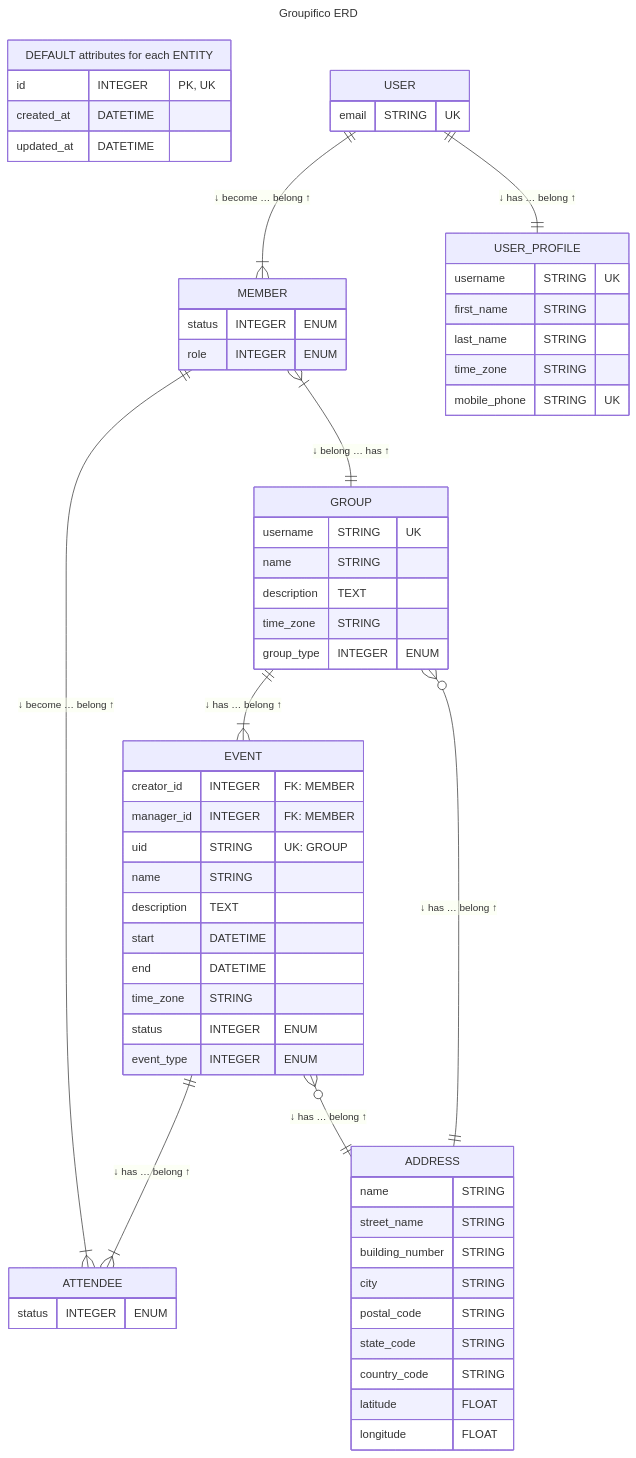
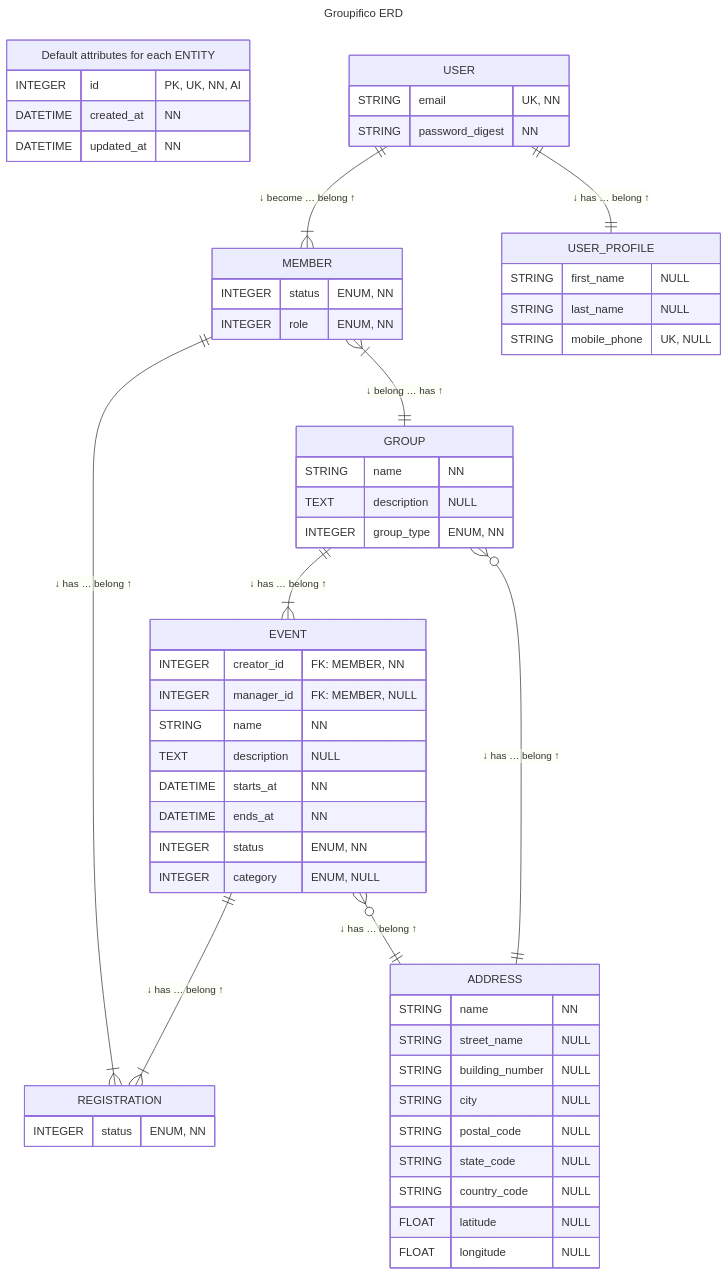
The diagram in README.md (izkreny/groupifico), drawn with Mermaid before and after one commit. The commit also changed other lines of this file and 1 other file, not shown here.

First paragraph of the commit message:
docs: make the readme erd the only schema doc (#81)
> 🤖 Written by AI --- read/modified by izkreny! 🤓

````diff
--- a/README.md
+++ b/README.md
@@ -70,81 +84,113 @@
 title: Groupifico ERD
 # IMPORTANT!
 # - Official syntax for entity attributes is: `type name key "comment"`
-# - Syntax for entity attributes used below: `name TYPE "key + comment"`
+# - Syntax for entity attributes used below: `type name "key, comment"`
 ---
-
 
 erDiagram
   direction TB
+
   %% DEFAULT ATTRIBUTES
-  "DEFAULT attributes for each ENTITY" {
-    id         INTEGER  "PK, UK"
-    created_at DATETIME
-    updated_at DATETIME
+  "Default attributes for each ENTITY" {
+    INTEGER  id         "PK, UK, NN, AI"
+    DATETIME created_at "NN"
+    DATETIME updated_at "NN"
   }
 
   %% RELATIONSHIPS
-  USER   1  to 1+ MEMBER       : "↓ become … belong ↑"
-  USER   1  to 1  USER_PROFILE : "↓ has    … belong ↑"
-  MEMBER 1+ to 1  GROUP        : "↓ belong … has ↑"
-  GROUP  1  to 1+ EVENT        : "↓ has    … belong ↑"
-  EVENT  1  to 1+ ATTENDEE     : "↓ has    … belong ↑"
-  MEMBER 1  to 1+ ATTENDEE     : "↓ become … belong ↑"
-  GROUP  0+ to 1  ADDRESS      : "↓ has    … belong ↑"
-  EVENT  0+ to 1  ADDRESS      : "↓ has    … belong ↑"
+  USER    1   to  1+  MEMBER        :  "↓ become … belong ↑"
+  USER    1   to  1   USER_PROFILE  :  "↓ has    … belong ↑"
+  MEMBER  1+  to  1   GROUP         :  "↓ belong … has ↑"
+  GROUP   1   to  1+  EVENT         :  "↓ has    … belong ↑"
+  EVENT   1   to  1+  REGISTRATION  :  "↓ has    … belong ↑"
+  MEMBER  1   to  1+  REGISTRATION  :  "↓ has    … belong ↑"
+  GROUP   0+  to  1   ADDRESS       :  "↓ has    … belong ↑"
+  EVENT   0+  to  1   ADDRESS       :  "↓ has    … belong ↑"
 
   %% ENTITIES
+
+  %% UNIQUE INDEX (email)
+  %% FK: user_profiles, members and sessions all reference users, ON DELETE CASCADE, ON UPDATE CASCADE
   USER {
-    email STRING "UK"
+    %% email limit: 250 chars. Normalised to stripped lowercase, uniqueness validated case-insensitively
+    STRING email           "UK, NN"
+    %% password_digest holds the bcrypt hash from has_secure_password. No limit declared
+    STRING password_digest "NN"
   }
 
+  %% UNIQUE INDEX (user_id), UNIQUE INDEX (mobile_phone)
+  %% FK: user_id references users, ON DELETE CASCADE, ON UPDATE CASCADE
   USER_PROFILE {
-    username     STRING "UK"
-    first_name   STRING
-    last_name    STRING
-    time_zone    STRING
-    mobile_phone STRING "UK"
+    %% first_name limit: 250 chars
+    STRING first_name   "NULL"
+    %% last_name limit: 250 chars
+    STRING last_name    "NULL"
+    %% mobile_phone limit: 50 chars
+    STRING mobile_phone "UK, NULL"
   }
 
+  %% FK: address_id references addresses, ON DELETE RESTRICT, ON UPDATE CASCADE
   GROUP {
-    username    STRING "UK"
-    name        STRING
-    description TEXT
-    time_zone   STRING
-    group_type  INTEGER "ENUM"
+    %% name limit: 250 chars
+    STRING  name        "NN"
+    %% description limit: 100000 bytes at the column, validated at 25000 chars in the model
+    TEXT    description "NULL"
+    %% ENUM group_type options: general | choir | band. Default: choir
+    INTEGER group_type  "ENUM, NN"
   }
 
+  %% UNIQUE INDEX (user_id, group_id): a User cannot become a Member of the same Group twice
+  %% FK: user_id and group_id both ON DELETE CASCADE, ON UPDATE CASCADE
   MEMBER {
-    status INTEGER "ENUM"
-    role   INTEGER "ENUM"
+    %% ENUM status options: active | paused | inactive. Default: active
+    INTEGER status "ENUM, NN"
+    %% ENUM role options: owner | member | admin | manager. Default: member
+    INTEGER role   "ENUM, NN"
   }
 
+  %% FK: group_id ON DELETE CASCADE, address_id ON DELETE RESTRICT, both ON UPDATE CASCADE
+  %% FK: creator_id and manager_id have no database constraint at all, they are Active Record
+  %% FK: associations only, and both are bigint in the schema while every other reference is integer
   EVENT {
-    creator_id  INTEGER "FK: MEMBER"
-    manager_id  INTEGER "FK: MEMBER"
-    uid         STRING "UK: GROUP"
-    name        STRING
-    description TEXT
-    start       DATETIME
-    end         DATETIME
-    time_zone   STRING
-    status      INTEGER "ENUM"
-    event_type  INTEGER "ENUM"
+    INTEGER  creator_id  "FK: MEMBER, NN"
+    INTEGER  manager_id  "FK: MEMBER, NULL"
+    %% name limit: 250 chars
+    STRING   name        "NN"
+    %% description limit: 100000 bytes at the column, validated at 25000 chars in the model
+    TEXT     description "NULL"
+    DATETIME starts_at   "NN"
+    %% ends_at is validated greater_than starts_at
+    DATETIME ends_at     "NN"
+    %% ENUM status options: unconfirmed | confirmed | concluded | canceled. Default: unconfirmed
+    INTEGER  status      "ENUM, NN"
+    %% ENUM category options: other | rehearsal | gig. Default: other
+    INTEGER  category    "ENUM, NULL"
   }
 
-  ATTENDEE {
-    status INTEGER "ENUM"
+  %% UNIQUE INDEX (member_id, event_id): a Member cannot register for the same Event twice
+  %% FK: member_id and event_id both ON DELETE CASCADE, ON UPDATE CASCADE
+  REGISTRATION {
+    %% ENUM status options: reserved | invited | yes | maybe | no. Default: reserved
+    INTEGER status "ENUM, NN"
   }
 
+  %% Fields follow the ISO 20022 PostalAddress type
   ADDRESS {
-    name            STRING
-    street_name     STRING
-    building_number STRING
-    city            STRING
-    postal_code     STRING
-    state_code      STRING
-    country_code    STRING
-    latitude        FLOAT
-    longitude       FLOAT
+    %% name limit: 250 chars
+    STRING name            "NN"
+    %% street_name limit: 250 chars
+    STRING street_name     "NULL"
+    %% building_number limit: 250 chars
+    STRING building_number "NULL"
+    %% city limit: 250 chars
+    STRING city            "NULL"
+    %% postal_code limit: 100 chars
+    STRING postal_code     "NULL"
+    %% state_code limit: 50 chars. ISO 3166-2 code
+    STRING state_code      "NULL"
+    %% country_code limit: 5 chars. ISO 3166-1 alpha-2 code
+    STRING country_code    "NULL"
+    FLOAT  latitude        "NULL"
+    FLOAT  longitude       "NULL"
   }
 ```
````
